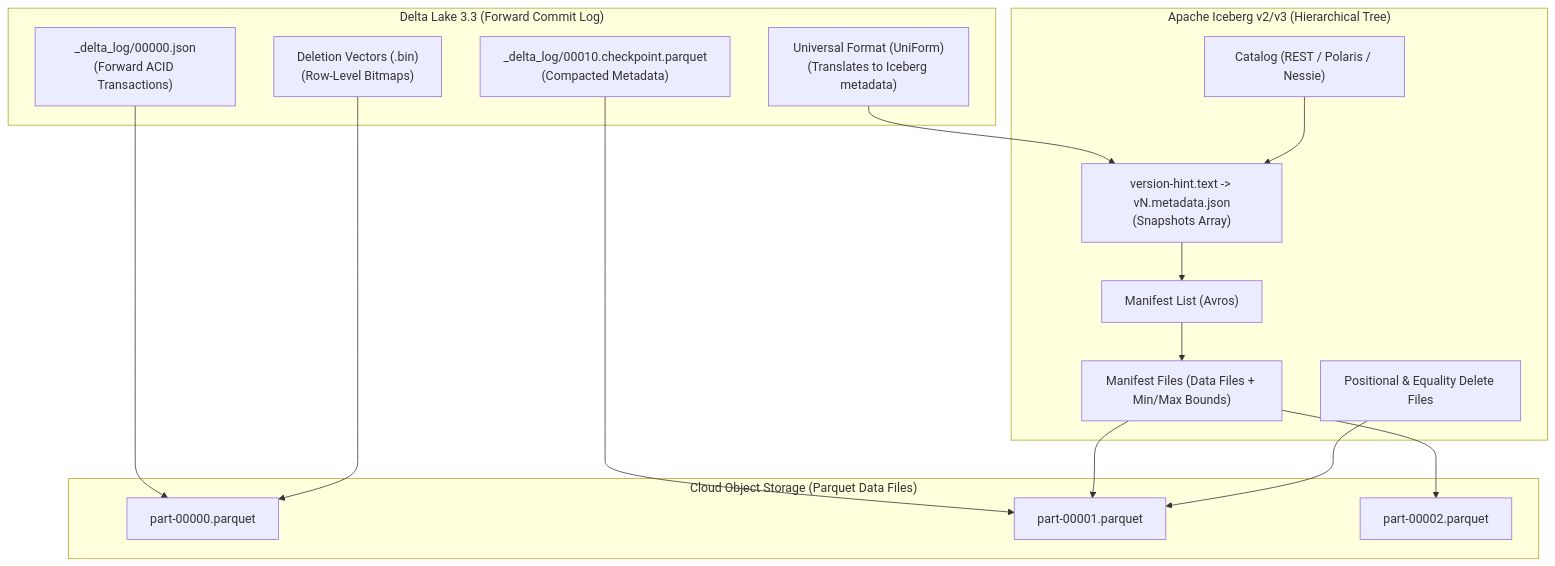
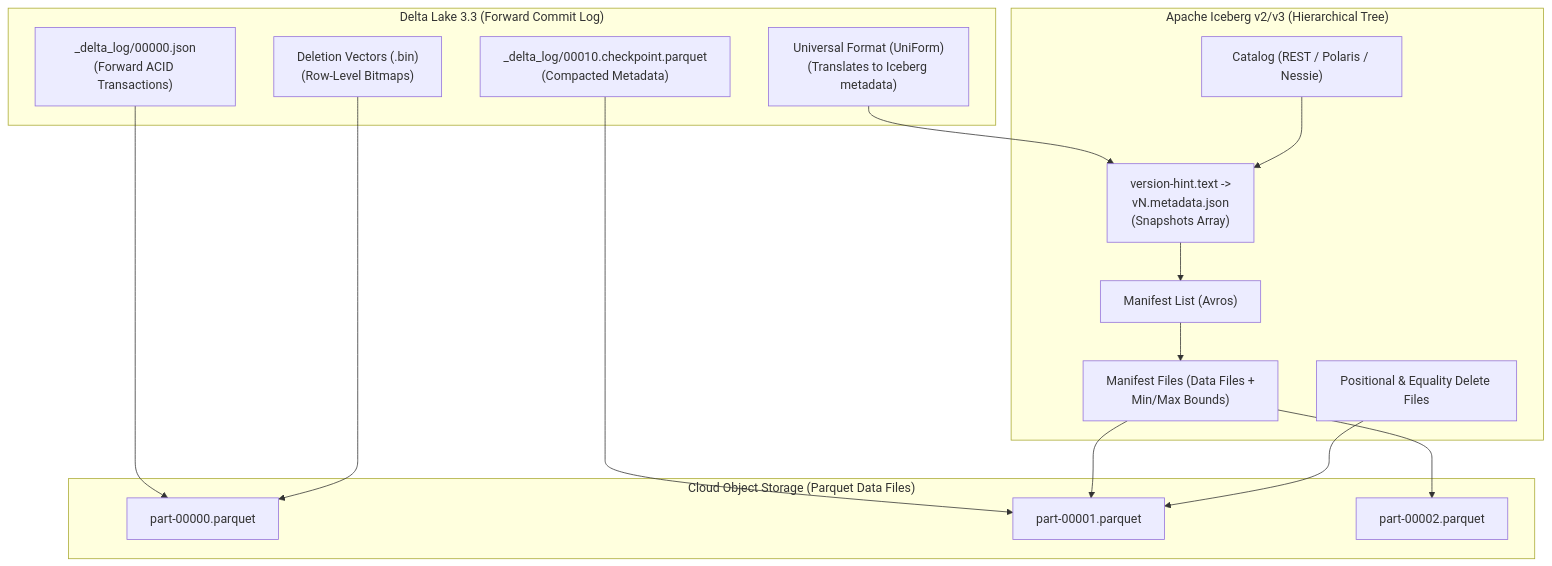
Before and after one commit to santoshjammi29/data-system-design-handbook: the first of 2 diagrams in modules/02_table_format_tradeoff_matrix/README.md, drawn with Mermaid. The commit also changed other lines of this file and 15 other files, not shown here.

Commit message:
fix(diagrams): word-wrap labels and escape comparison operators across all diagrams

````diff
--- a/modules/02_table_format_tradeoff_matrix/README.md
+++ b/modules/02_table_format_tradeoff_matrix/README.md
@@ -20,35 +20,35 @@
 ```mermaid
 flowchart TD
     subgraph StorageLayer["Cloud Object Storage (Parquet Data Files)"]
         D1["part-00000.parquet"]
         D2["part-00001.parquet"]
         D3["part-00002.parquet"]
     end
 
     subgraph DeltaArch["Delta Lake 3.3 (Forward Commit Log)"]
-        DL_JSON["_delta_log/00000.json\n(Forward ACID Transactions)"]
-        DL_CP["_delta_log/00010.checkpoint.parquet\n(Compacted Metadata)"]
-        DL_DV["Deletion Vectors (.bin)\n(Row-Level Bitmaps)"]
-        DL_UNIFORM["Universal Format (UniForm)\n(Translates to Iceberg metadata)"]
+        DL_JSON["_delta_log/00000.json<br/>(Forward ACID Transactions)"]
+        DL_CP["_delta_log/00010.checkpoint.parquet<br/>(Compacted Metadata)"]
+        DL_DV["Deletion Vectors (.bin)<br/>(Row-Level Bitmaps)"]
+        DL_UNIFORM["Universal Format (UniForm)<br/>(Translates to Iceberg metadata)"]
     end
 
     subgraph IcebergArch["Apache Iceberg v2/v3 (Hierarchical Tree)"]
         IC_CAT["Catalog (REST / Polaris / Nessie)"]
-        IC_SNAP["version-hint.text -> vN.metadata.json\n(Snapshots Array)"]
+        IC_SNAP["version-hint.text -><br/>vN.metadata.json<br/>(Snapshots Array)"]
         IC_ML["Manifest List (Avros)"]
-        IC_M["Manifest Files (Data Files + Min/Max Bounds)"]
+        IC_M["Manifest Files (Data Files +<br/>Min/Max Bounds)"]
         IC_DEL["Positional & Equality Delete Files"]
     end
 
     DL_JSON --> D1
     DL_CP --> D2
     DL_DV --> D1
     DL_UNIFORM --> IC_SNAP
 
     IC_CAT --> IC_SNAP
     IC_SNAP --> IC_ML
     IC_ML --> IC_M
     IC_M --> D2
     IC_M --> D3
     IC_DEL --> D2
 ```
````
